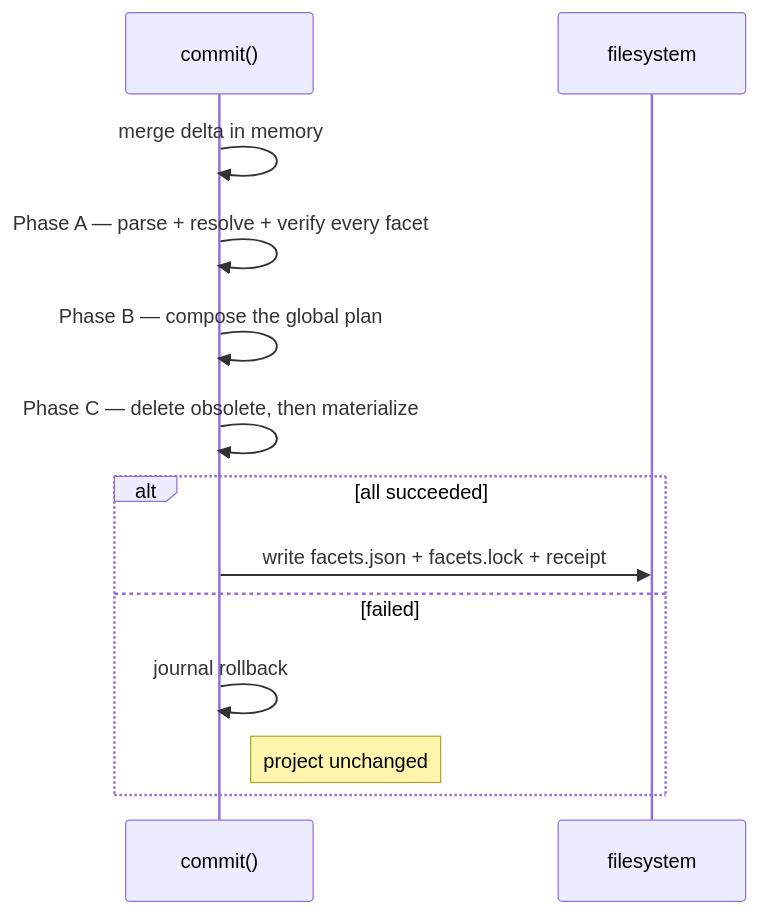
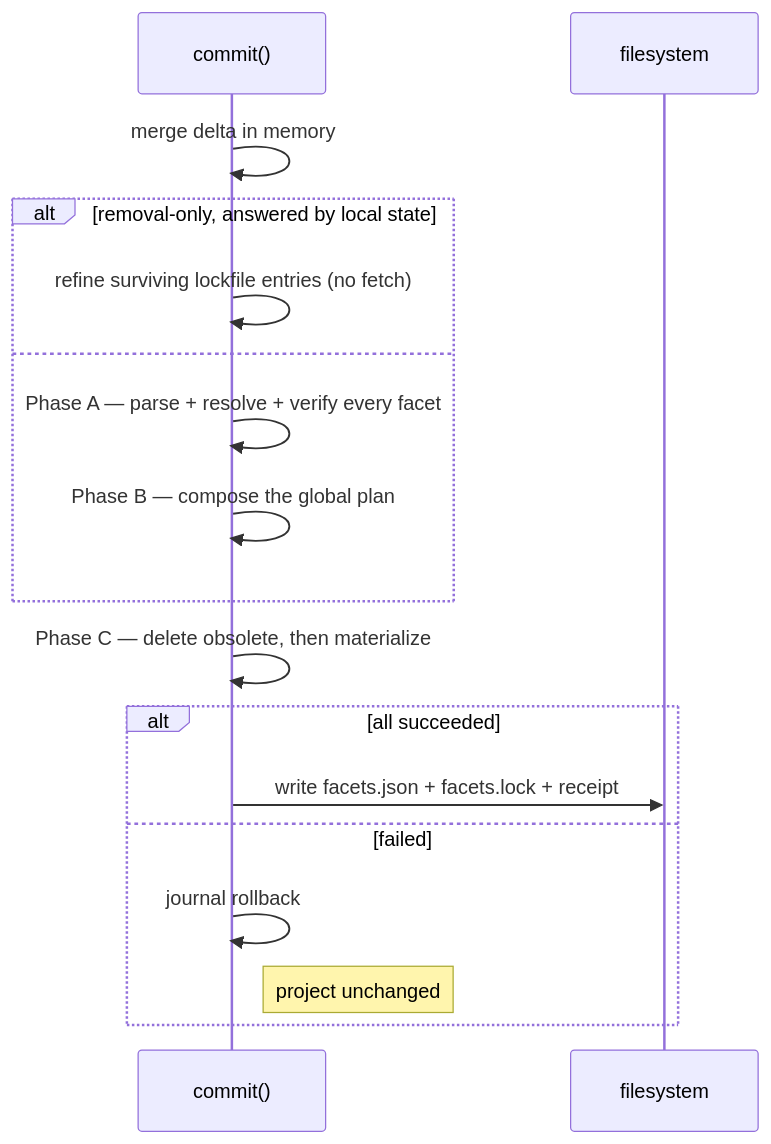
Before and after one commit to agent-facets/facets: the fifth of 5 diagrams in docs/specification/commit.mdx, drawn with Mermaid. The commit also changed other lines of this file and 107 other files, not shown here.

````diff
--- a/docs/specification/commit.mdx
+++ b/docs/specification/commit.mdx
@@ -255,15 +278,19 @@
 ```mermaid
 sequenceDiagram
     participant Commit as commit()
     participant FS as filesystem
     Commit->>Commit: merge delta in memory
-    Commit->>Commit: Phase A — parse + resolve + verify every facet
-    Commit->>Commit: Phase B — compose the global plan
+    alt removal-only, answered by local state
+        Commit->>Commit: refine surviving lockfile entries (no fetch)
+    else
+        Commit->>Commit: Phase A — parse + resolve + verify every facet
+        Commit->>Commit: Phase B — compose the global plan
+    end
     Commit->>Commit: Phase C — delete obsolete, then materialize
     alt all succeeded
         Commit->>FS: write facets.json + facets.lock + receipt
     else failed
         Commit->>Commit: journal rollback
         Note right of Commit: project unchanged
     end
 ```
````
